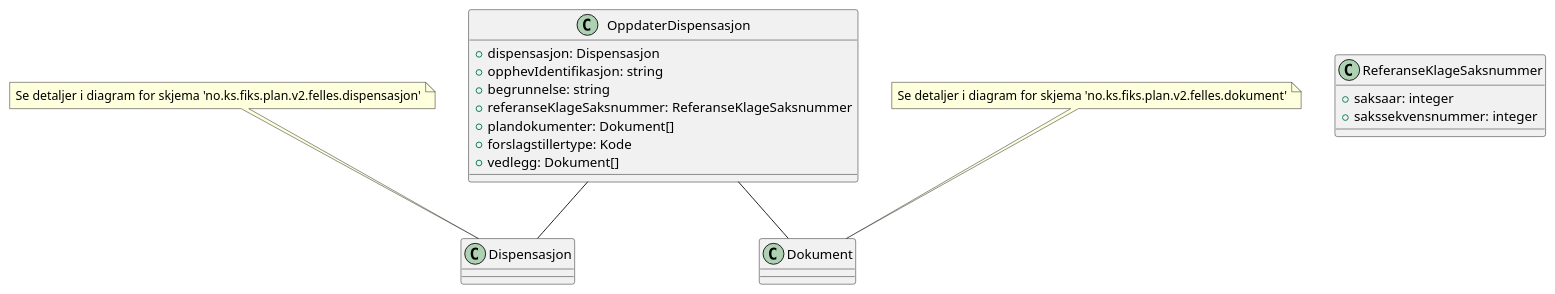
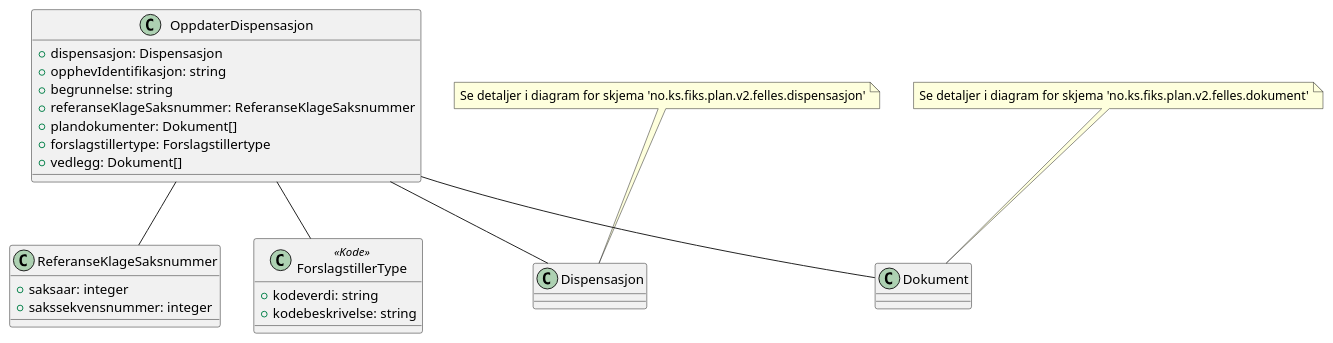
One commit to ks-no/fiks-plan-specification changed the diagram in Dokumentasjon/V2/SchemaModels/no.ks.fiks.plan.v2.oppdatering.dispensasjon.oppdater/dispensasjon-oppdater.pu. Above: the diagram before and after it, drawn with PlantUML. The commit also changed 25 other files, not shown here.

```diff
--- a/Dokumentasjon/V2/SchemaModels/no.ks.fiks.plan.v2.oppdatering.dispensasjon.oppdater/dispensasjon-oppdater.pu
+++ b/Dokumentasjon/V2/SchemaModels/no.ks.fiks.plan.v2.oppdatering.dispensasjon.oppdater/dispensasjon-oppdater.pu
@@ -1,24 +1,31 @@
 @startuml
 
 class OppdaterDispensasjon {
     +dispensasjon: Dispensasjon
     +opphevIdentifikasjon: string
     +begrunnelse: string
     +referanseKlageSaksnummer: ReferanseKlageSaksnummer
     +plandokumenter: Dokument[]
-    +forslagstillertype: Kode
+    +forslagstillertype: Forslagstillertype
     +vedlegg: Dokument[]
 }
 
 class ReferanseKlageSaksnummer {
     +saksaar: integer
     +sakssekvensnummer: integer
 }
 
+class ForslagstillerType <<Kode>>{
+    +kodeverdi: string
+    +kodebeskrivelse: string
+}
+
+OppdaterDispensasjon -- ForslagstillerType
 OppdaterDispensasjon -- Dispensasjon
 OppdaterDispensasjon -- Dokument
+OppdaterDispensasjon -- ReferanseKlageSaksnummer
 
 note top of Dispensasjon : Se detaljer i diagram for skjema 'no.ks.fiks.plan.v2.felles.dispensasjon'
 note top of Dokument : Se detaljer i diagram for skjema 'no.ks.fiks.plan.v2.felles.dokument'
 
 @enduml
```
